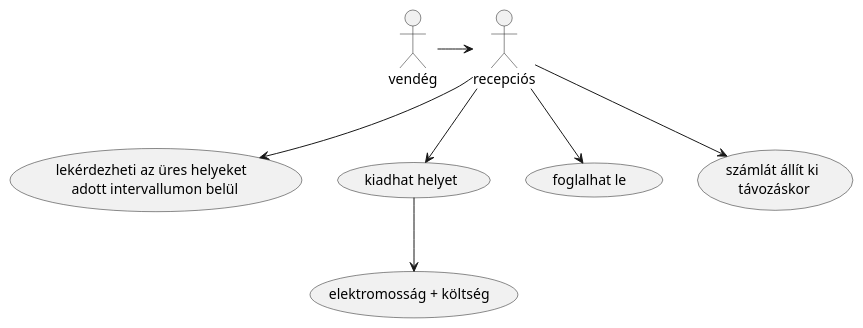
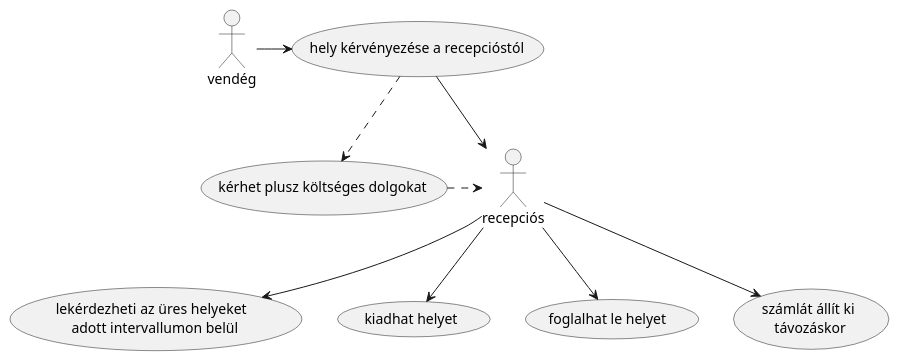
The diagram in docs/Campaing Use Case.puml (krbm4rk/5_csoport), drawn with PlantUML before and after one commit. The commit also changed 1 other file, not shown here.

Commit message:
uml helyrehozás

```diff
--- a/docs/Campaing Use Case.puml
+++ b/docs/Campaing Use Case.puml
@@ -1,9 +1,11 @@
 @startuml
-:vendég: -> :recepciós:
+vendég -> (hely kérvényezése a recepcióstól)
+(hely kérvényezése a recepcióstól) ..> (kérhet plusz költséges dolgokat)
+(hely kérvényezése a recepcióstól) -> :recepciós:
+(kérhet plusz költséges dolgokat)  .> :recepciós:
 :recepciós: --> (lekérdezheti az üres helyeket \n adott intervallumon belül)
 
 :recepciós: --> (kiadhat helyet)
-:recepciós: --> (foglalhat le )
-(kiadhat helyet) --> (elektromosság + költség )
+:recepciós: --> (foglalhat le helyet )
 :recepciós: -->(számlát állít ki\n távozáskor)
 @enduml
```
